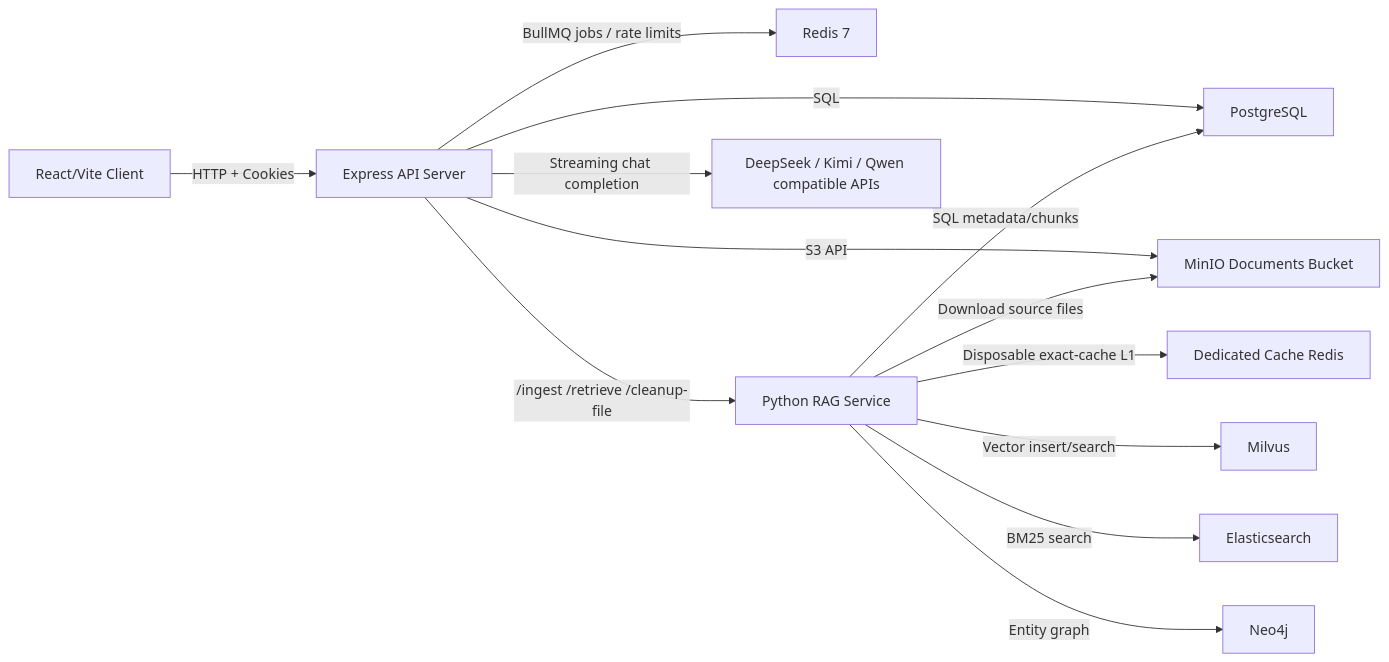
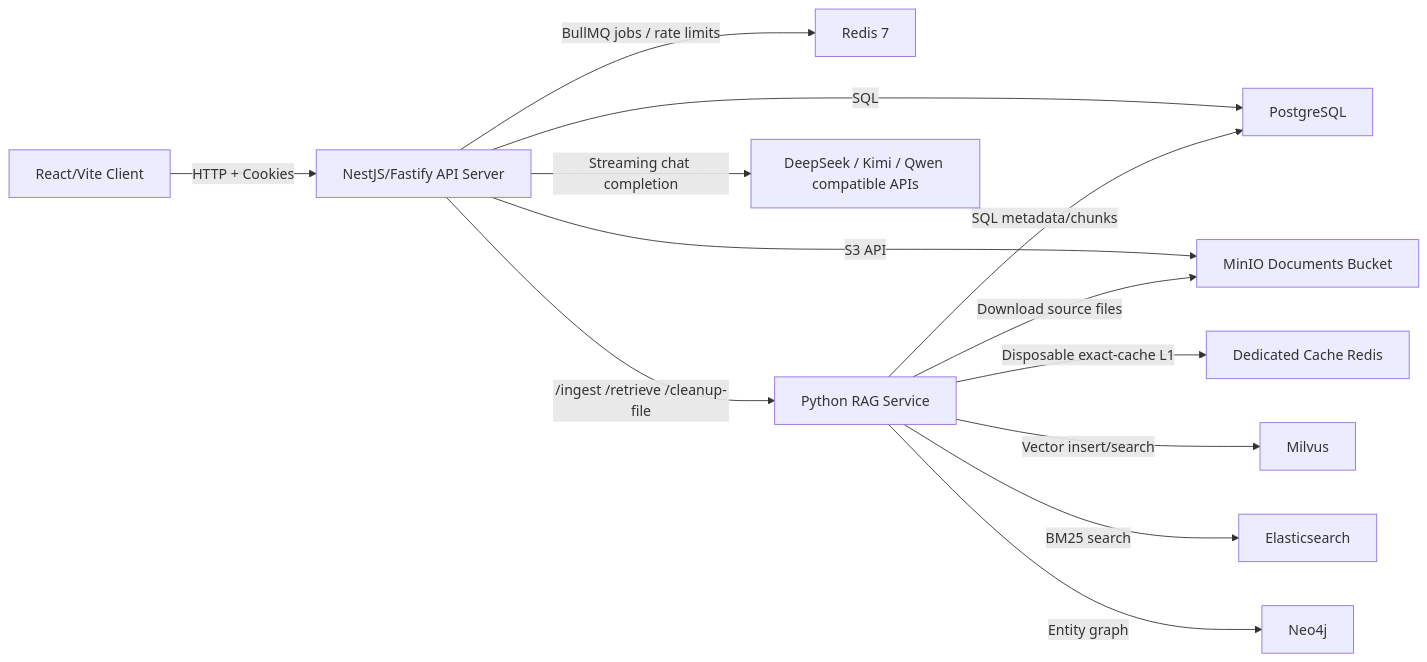
Before and after one commit to ShuaiFu29/chatLLM: the diagram in README.MD, drawn with Mermaid. The commit also changed other lines of this file and 98 other files, not shown here.

Commit message:
feat(server): complete NestJS Fastify migration

````diff
--- a/README.MD
+++ b/README.MD
@@ -19,15 +19,15 @@
 ```mermaid
 flowchart LR
-  Client["React/Vite Client"] -->|HTTP + Cookies| Server["Express API Server"]
+  Client["React/Vite Client"] -->|HTTP + Cookies| Server["NestJS/Fastify API Server"]
   Server -->|SQL| Postgres["PostgreSQL"]
   Server -->|BullMQ jobs / rate limits| Redis["Redis 7"]
   Server -->|S3 API| MinIO["MinIO Documents Bucket"]
   Server -->|/ingest /retrieve /cleanup-file| Rag["Python RAG Service"]
   Rag -->|SQL metadata/chunks| Postgres
   Rag -->|Disposable exact-cache L1| CacheRedis["Dedicated Cache Redis"]
   Rag -->|Download source files| MinIO
   Rag -->|Vector insert/search| Milvus["Milvus"]
   Rag -->|BM25 search| ES["Elasticsearch"]
   Rag -->|Entity graph| Neo4j["Neo4j"]
   Server -->|Streaming chat completion| LLM["DeepSeek / Kimi / Qwen compatible APIs"]
 ```
````
